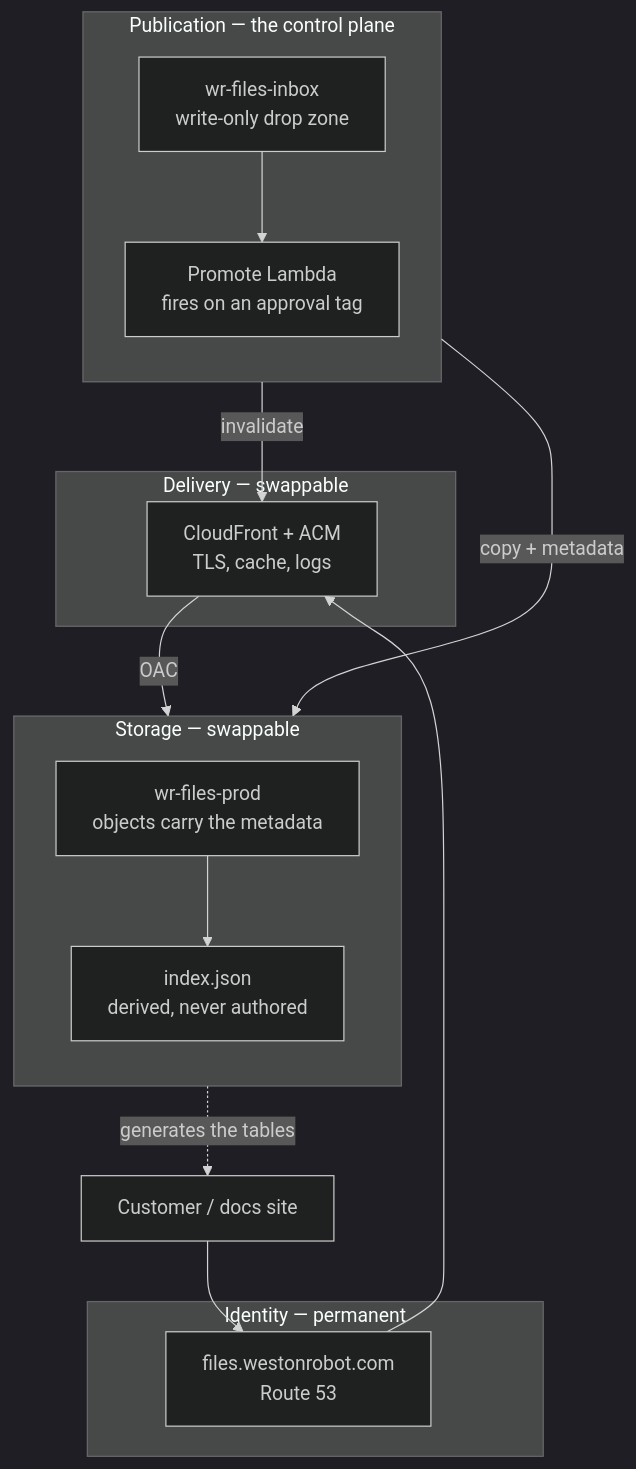
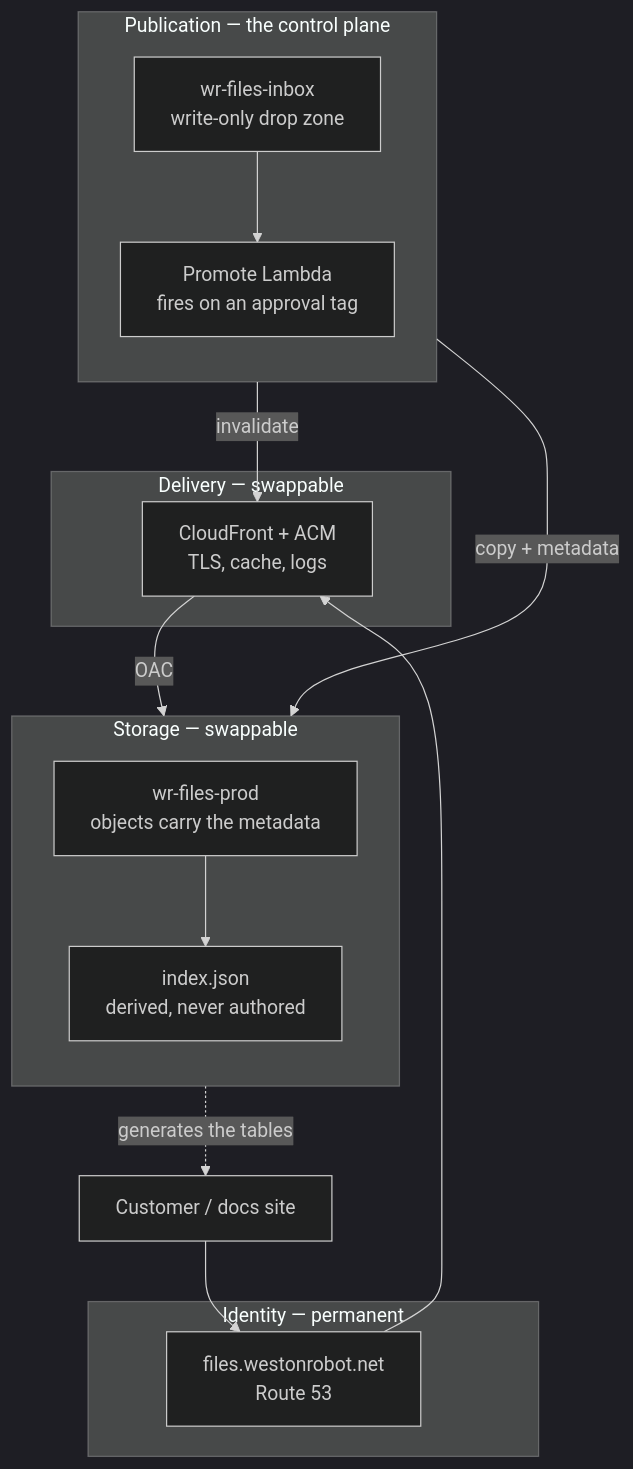
Before and after one commit to westonrobot/docs: the diagram in docs/design/file-hosting.md, drawn with Mermaid (dark theme). The commit also changed other lines of this file and 10 other files, not shown here.

````diff
--- a/docs/design/file-hosting.md
+++ b/docs/design/file-hosting.md
@@ -23,22 +23,22 @@
 ```mermaid
 flowchart TB
   C[Customer / docs site]
   subgraph IDENT[Identity — permanent]
-    DNS["files.westonrobot.com<br/>Route 53"]
+    DNS["files.westonrobot.net<br/>Route 53"]
   end
   subgraph DELIV[Delivery — swappable]
     CF["CloudFront + ACM<br/>TLS, cache, logs"]
   end
   subgraph STORE[Storage — swappable]
     direction TB
     S3["wr-files-prod<br/>objects carry the metadata"] --> IDX["index.json<br/>derived, never authored"]
   end
   subgraph PUB[Publication — the control plane]
     direction TB
     IN["wr-files-inbox<br/>write-only drop zone"] --> LAM["Promote Lambda<br/>fires on an approval tag"]
   end
   C --> DNS --> CF -->|OAC| S3
   LAM -->|copy + metadata| S3
   LAM -->|invalidate| CF
   IDX -.->|generates the tables| C
 ```
````
